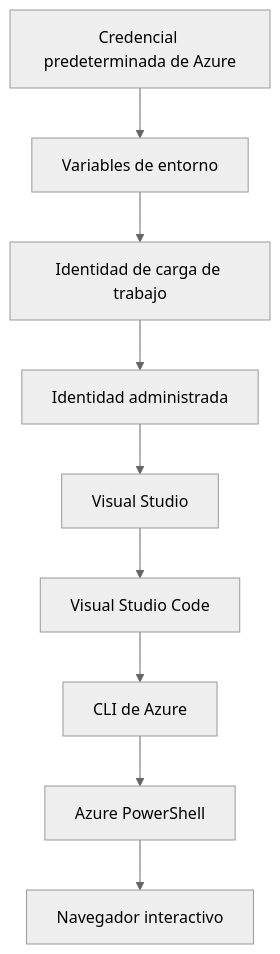
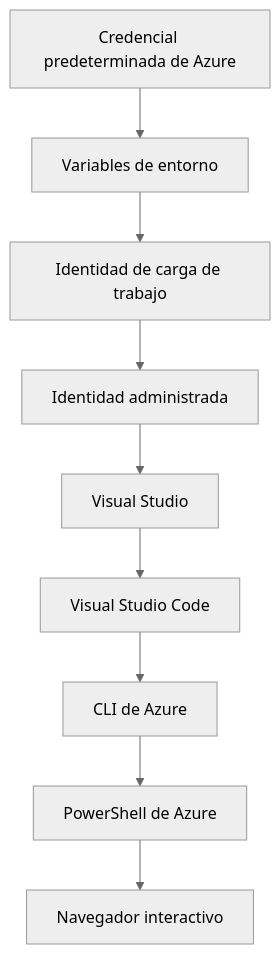
The second of 2 diagrams in translations/es/docs/chapter-01-foundation/azd-basics.md (microsoft/AZD-for-beginners), drawn with Mermaid (neutral theme) before and after one commit. The commit also changed other lines of this file and 104 other files, not shown here.

````diff
--- a/translations/es/docs/chapter-01-foundation/azd-basics.md
+++ b/translations/es/docs/chapter-01-foundation/azd-basics.md
@@ -593,11 +608,11 @@
 ```mermaid
 graph TD
     A[Credencial predeterminada de Azure] --> B[Variables de entorno]
     B --> C[Identidad de carga de trabajo]
     C --> D[Identidad administrada]
     D --> E[Visual Studio]
     E --> F[Visual Studio Code]
     F --> G[CLI de Azure]
-    G --> H[Azure PowerShell]
+    G --> H[PowerShell de Azure]
     H --> I[Navegador interactivo]
 ```
````
